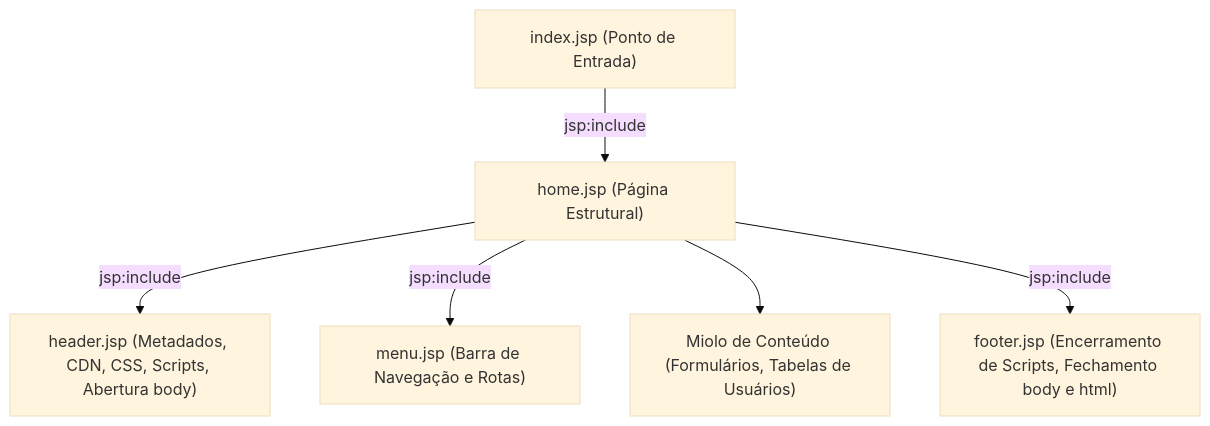
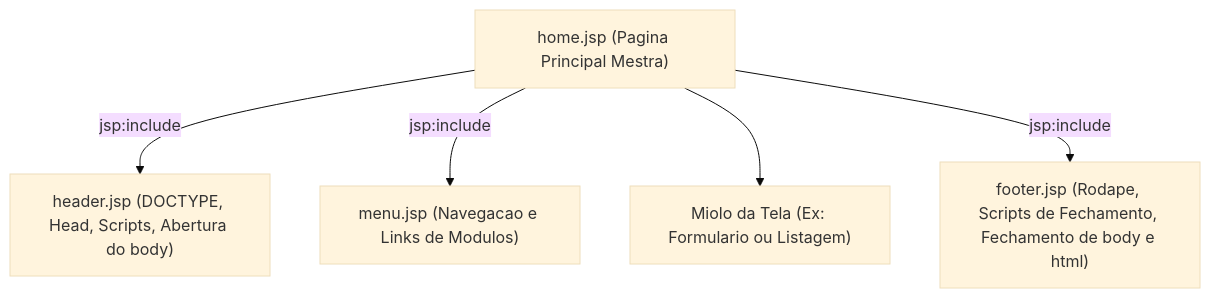
The eighth of 17 diagrams in 3º Semestre/[Prof. Jefferson Passerini] Laboratório de Programação III/Resumos-IA/Caderno-Consolidado.md (murilolol/unifef), drawn with Mermaid (base theme) before and after one commit. The commit also changed other lines of this file and 10 other files, not shown here.

````diff
--- a/3º Semestre/[Prof. Jefferson Passerini] Laboratório de Programação III/Resumos-IA/Caderno-Consolidado.md
+++ b/3º Semestre/[Prof. Jefferson Passerini] Laboratório de Programação III/Resumos-IA/Caderno-Consolidado.md
@@ -290,8 +669,13 @@
 ```mermaid
 flowchart TD
-    Index["index.jsp (Ponto de Entrada)"] -->|"jsp:include"| Home["home.jsp (Página Estrutural)"]
-    Home -->|"jsp:include"| Header["header.jsp (Metadados, CDN, CSS, Scripts, Abertura body)"]
-    Home -->|"jsp:include"| Menu["menu.jsp (Barra de Navegação e Rotas)"]
-    Home --> Content["Miolo de Conteúdo (Formulários, Tabelas de Usuários)"]
-    Home -->|"jsp:include"| Footer["footer.jsp (Encerramento de Scripts, Fechamento body e html)"]
+    Home["home.jsp (Pagina Principal Mestra)"]
+    Header["header.jsp (DOCTYPE, Head, Scripts, Abertura do body)"]
+    Menu["menu.jsp (Navegacao e Links de Modulos)"]
+    Corpo["Miolo da Tela (Ex: Formulario ou Listagem)"]
+    Footer["footer.jsp (Rodape, Scripts de Fechamento, Fechamento de body e html)"]
+
+    Home -->|"jsp:include"| Header
+    Home -->|"jsp:include"| Menu
+    Home --> Corpo
+    Home -->|"jsp:include"| Footer
 ```
````
